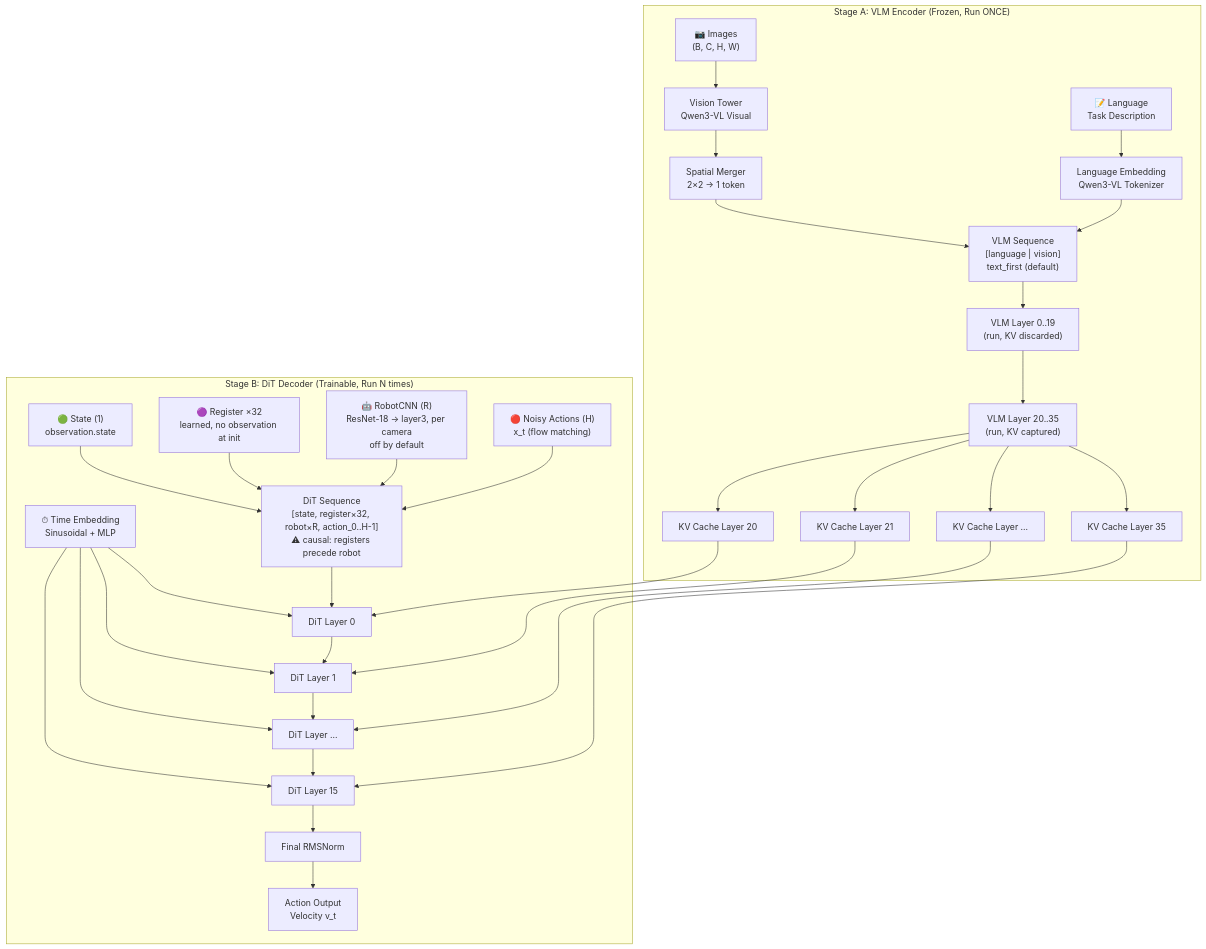
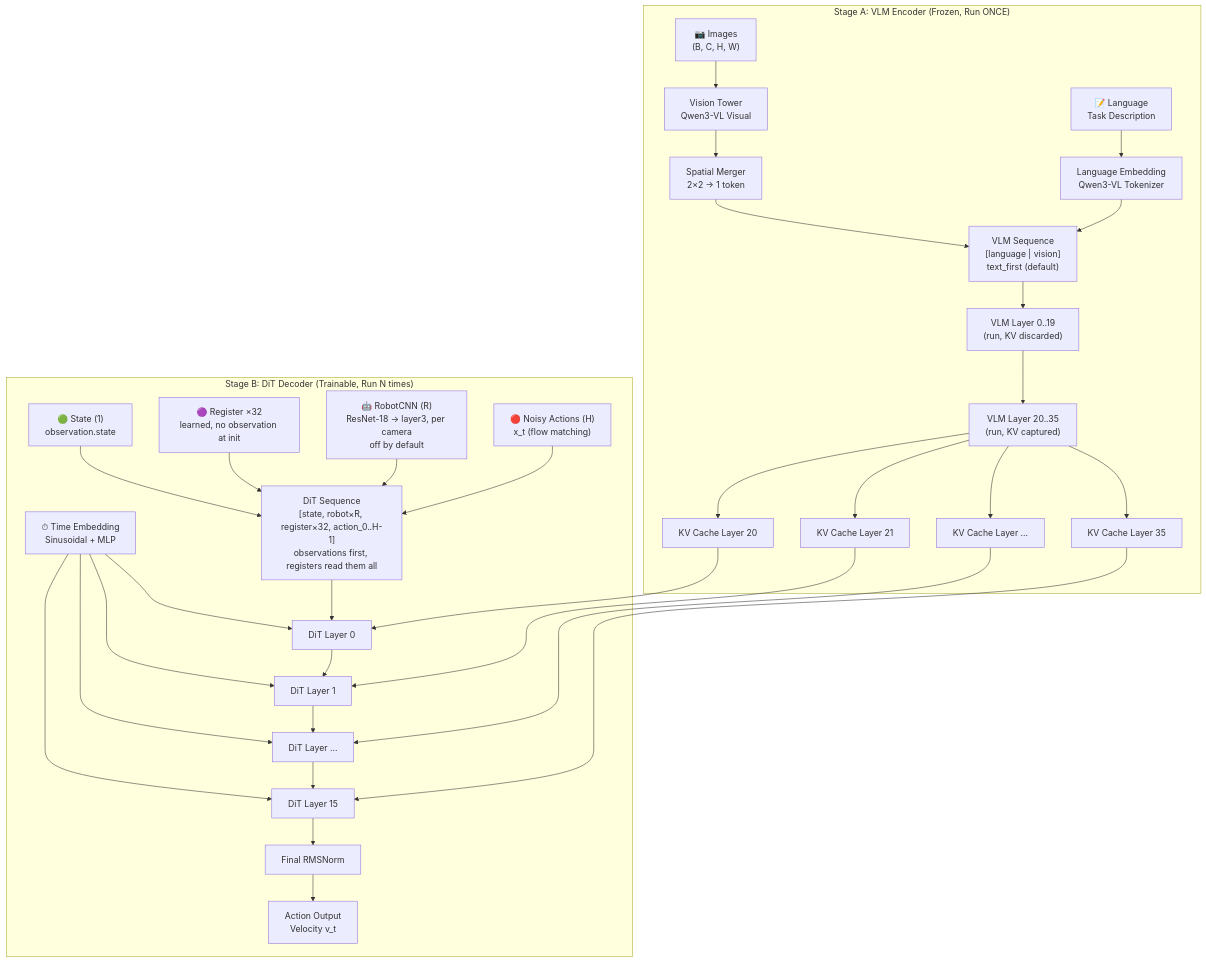
One commit to mayuanyang/lerobot-piper changed the diagram in src/models/wiltechs_vla/ARCHITECTURE.md. Above: the diagram before and after it, drawn with Mermaid. The commit also changed other lines of this file and 3 other files, not shown here.

````diff
--- a/src/models/wiltechs_vla/ARCHITECTURE.md
+++ b/src/models/wiltechs_vla/ARCHITECTURE.md
@@ -11,60 +11,60 @@
 ```mermaid
 graph TB
     subgraph "Stage A: VLM Encoder (Frozen, Run ONCE)"
         Images["📷 Images<br/>(B, C, H, W)"]
         Language["📝 Language<br/>Task Description"]
         
         VisionTower["Vision Tower<br/>Qwen3-VL Visual"]
         SpatialMerger["Spatial Merger<br/>2×2 → 1 token"]
         LangEmbed["Language Embedding<br/>Qwen3-VL Tokenizer"]
         
         VLMSeq["VLM Sequence<br/>[language | vision]<br/>text_first (default)"]
         
         VLM1["VLM Layer 0..19<br/>(run, KV discarded)"]
         VLMN["VLM Layer 20..35<br/>(run, KV captured)"]
 
         KV0["KV Cache Layer 20"]
         KV1["KV Cache Layer 21"]
         KV2["KV Cache Layer ..."]
         KV3["KV Cache Layer 35"]
     end
     
     subgraph "Stage B: DiT Decoder (Trainable, Run N times)"
         State["🟢 State (1)<br/>observation.state"]
         Register["🟣 Register ×32<br/>learned, no observation at init"]
         RobotCNN["🤖 RobotCNN (R)<br/>ResNet-18 → layer3, per camera<br/>off by default"]
         Action["🔴 Noisy Actions (H)<br/>x_t (flow matching)"]
 
-        DiTSeq["DiT Sequence<br/>[state, register×32, robot×R, action_0..H-1]<br/>⚠ causal: registers precede robot"]
+        DiTSeq["DiT Sequence<br/>[state, robot×R, register×32, action_0..H-1]<br/>observations first, registers read them all"]
         
         Time["⏱ Time Embedding<br/>Sinusoidal + MLP"]
         
         DiT1["DiT Layer 0"]
         DiT2["DiT Layer 1"]
         DiT3["DiT Layer ..."]
         DiTN["DiT Layer 15"]
         
         FinalNorm["Final RMSNorm"]
         ActionOut["Action Output<br/>Velocity v_t"]
     end
     
     Images --> VisionTower --> SpatialMerger --> VLMSeq
     Language --> LangEmbed --> VLMSeq
     
     VLMSeq --> VLM1 --> VLMN
     VLMN --> KV0 & KV1 & KV2 & KV3
 
     State --> DiTSeq
     Register --> DiTSeq
     RobotCNN --> DiTSeq
     Action --> DiTSeq
     
     Time --> DiT1 & DiT2 & DiT3 & DiTN
     DiTSeq --> DiT1 --> DiT2 --> DiT3 --> DiTN
     KV0 --> DiT1
     KV1 --> DiT2
     KV2 --> DiT3
     KV3 --> DiTN
     
     DiTN --> FinalNorm --> ActionOut
 ```
````
